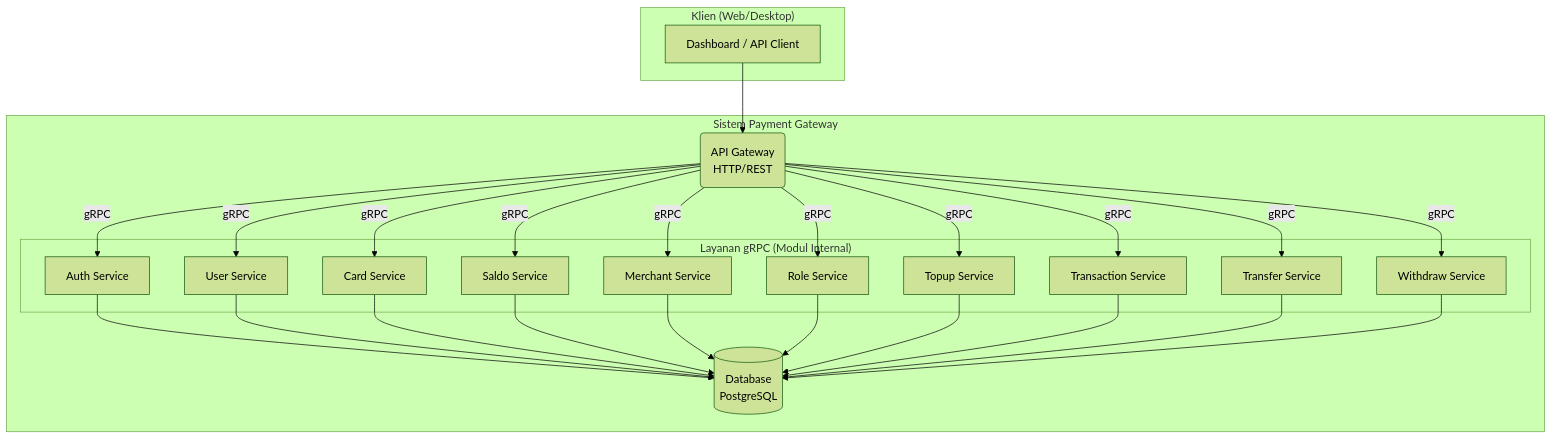
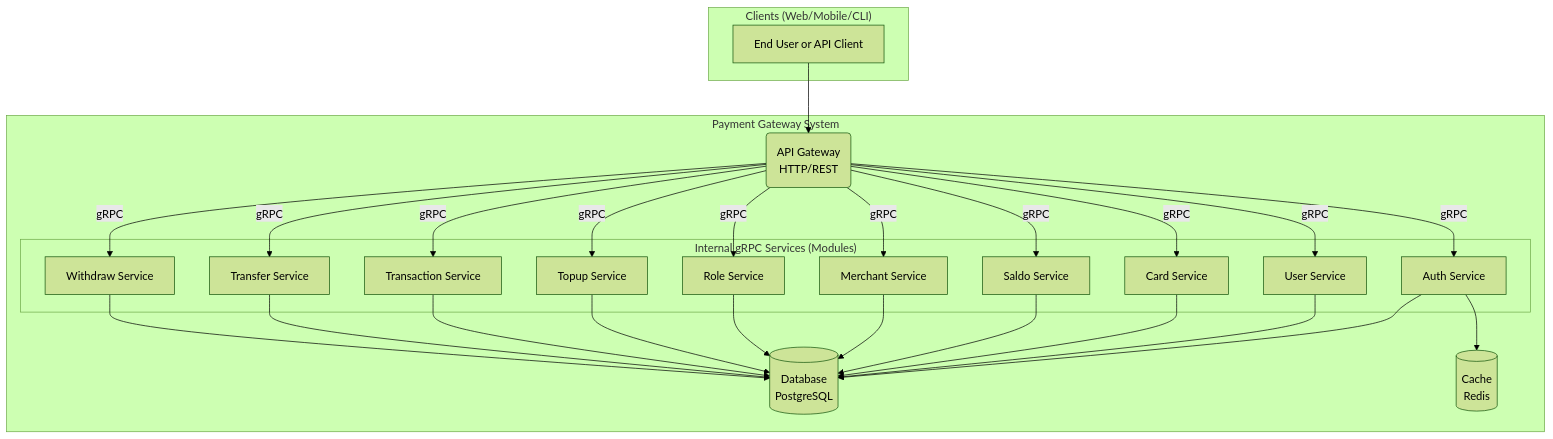
The diagram in README.md (MamangRust/example-payment-gateway-sqlx), drawn with Mermaid (forest theme) before and after one commit. The commit also changed other lines of this file and 2529 other files, not shown here.

````diff
--- a/README.md
+++ b/README.md
@@ -31,49 +32,50 @@
 ```mermaid
 graph TD
-    subgraph "Klien (Web/Desktop)"
-        A[Dashboard / API Client]
+    subgraph "Clients (Web/Mobile/CLI)"
+        A[End User or API Client]
     end
 
-    subgraph "Sistem Payment Gateway"
+    subgraph "Payment Gateway System"
         B(API Gateway <br> HTTP/REST)
 
-        subgraph "Layanan gRPC (Modul Internal)"
+        subgraph "Internal gRPC Services (Modules)"
             C[Auth Service]
             D[User Service]
             E[Card Service]
             F[Saldo Service]
             G[Merchant Service]
             H[Role Service]
             I[Topup Service]
             J[Transaction Service]
             K[Transfer Service]
             L[Withdraw Service]
         end
 
         M[(Database <br> PostgreSQL)]
+        N[(Cache <br> Redis)]
     end
 
     A --> B
 
     B -- gRPC --> C
     B -- gRPC --> D
     B -- gRPC --> E
     B -- gRPC --> F
     B -- gRPC --> G
     B -- gRPC --> H
     B -- gRPC --> I
     B -- gRPC --> J
     B -- gRPC --> K
     B -- gRPC --> L
 
-    C --> M
+    C --> M & N
     D --> M
     E --> M
     F --> M
     G --> M
     H --> M
     I --> M
     J --> M
     K --> M
     L --> M
 ```
````
